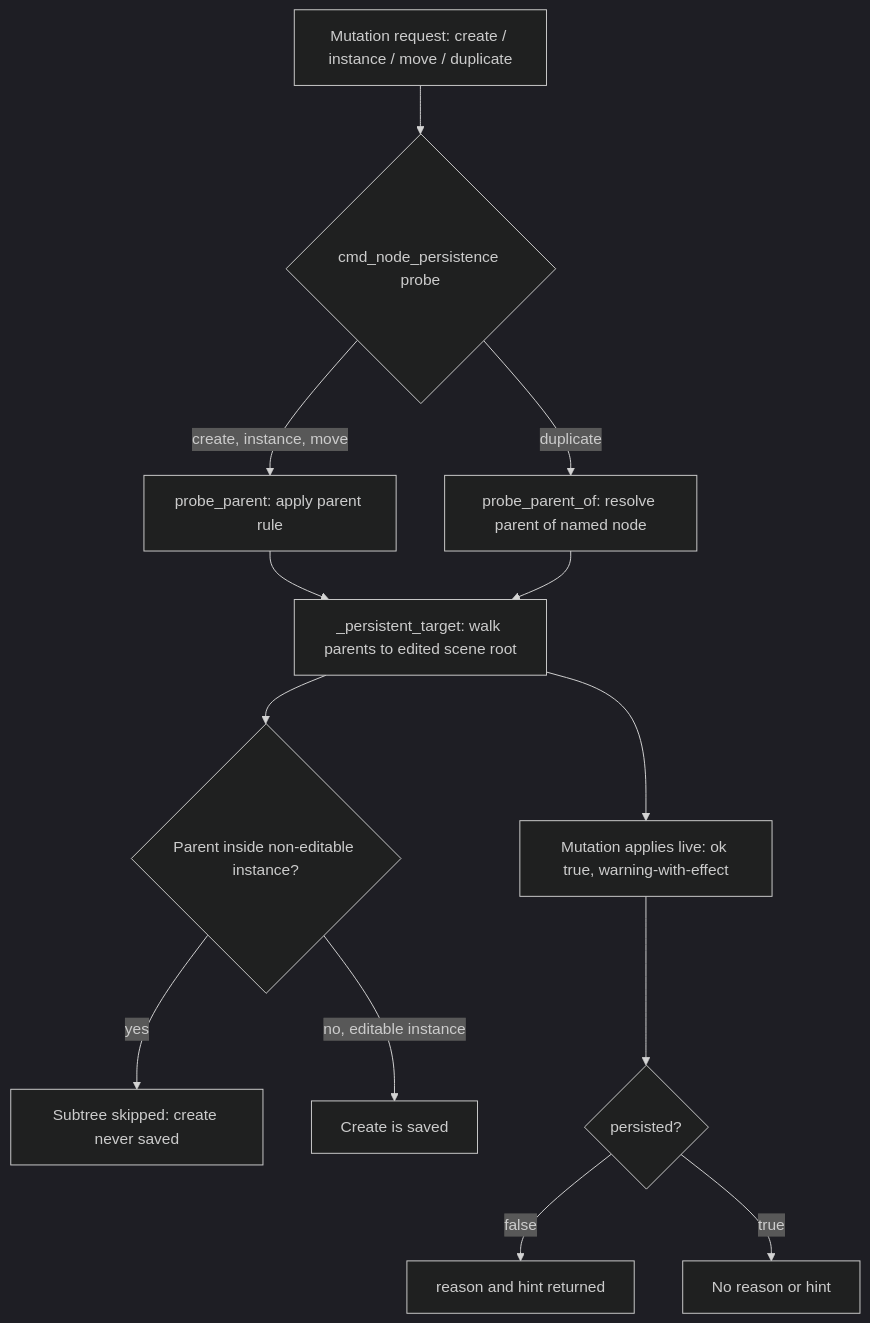
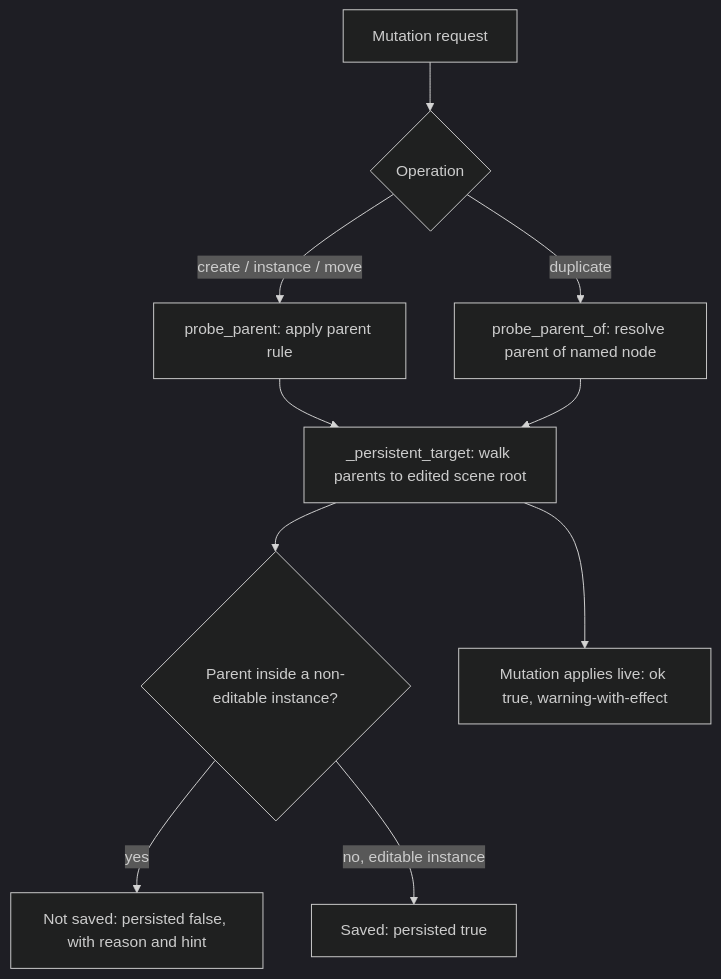
The diagram in wiki/topics/multi-target-handling-in-godot.md (hybridindie/wiki-fabric), drawn with Mermaid (dark theme) before and after one commit. The commit also changed other lines of this file and 43 other files, not shown here.

````diff
--- a/wiki/topics/multi-target-handling-in-godot.md
+++ b/wiki/topics/multi-target-handling-in-godot.md
@@ -24,15 +36,12 @@
 ```mermaid
 flowchart TD
-    A[Mutation request: create / instance / move / duplicate] --> B{cmd_node_persistence probe}
-    B -->|create, instance, move| C[probe_parent: apply parent rule]
+    A[Mutation request] --> B{Operation}
+    B -->|create / instance / move| C[probe_parent: apply parent rule]
     B -->|duplicate| D[probe_parent_of: resolve parent of named node]
     C --> E[_persistent_target: walk parents to edited scene root]
     D --> E
-    E --> F{Parent inside non-editable instance?}
-    F -->|yes| G[Subtree skipped: create never saved]
-    F -->|no, editable instance| H[Create is saved]
+    E --> F{Parent inside a non-editable instance?}
+    F -->|yes| G[Not saved: persisted false, with reason and hint]
+    F -->|no, editable instance| H[Saved: persisted true]
     E --> I[Mutation applies live: ok true, warning-with-effect]
-    I --> J{persisted?}
-    J -->|false| K[reason and hint returned]
-    J -->|true| L[No reason or hint]
 ```
````
